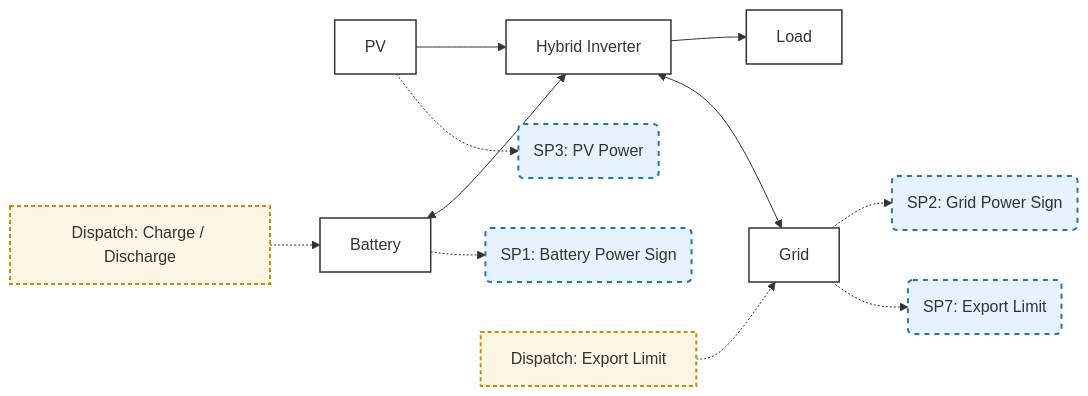
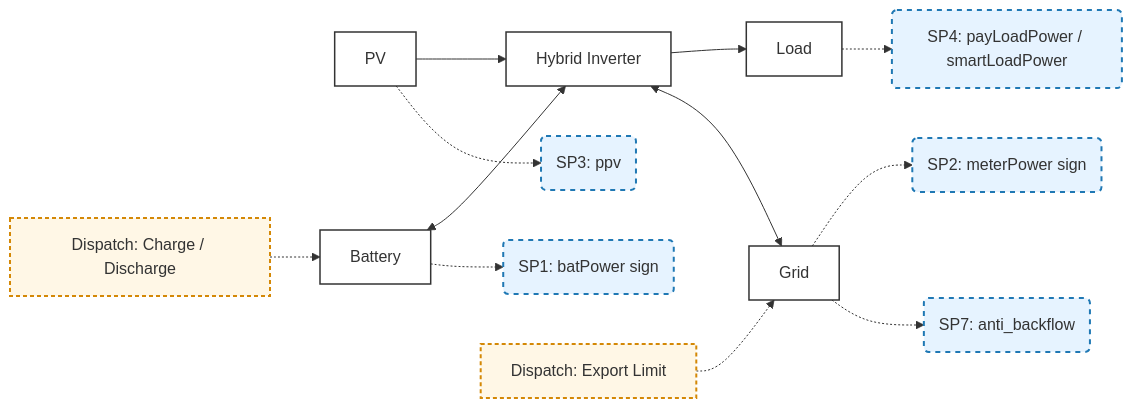
The second of 5 diagrams in docs/growatt-ess-semantic-model-preliminary-review.md (EugeneJian/growatt-unified-api), drawn with Mermaid before and after one commit. The commit also changed other lines of this file and 7 other files, not shown here.

````diff
--- a/docs/growatt-ess-semantic-model-preliminary-review.md
+++ b/docs/growatt-ess-semantic-model-preliminary-review.md
@@ -70,38 +77,40 @@
 ```mermaid
 flowchart LR
 
     classDef asset fill:#ffffff,stroke:#333,stroke-width:1.5px;
     classDef semantic fill:#e6f3ff,stroke:#1f78b4,stroke-width:2px,stroke-dasharray: 5 5;
     classDef dispatch fill:#fff7e6,stroke:#d48806,stroke-width:2px,stroke-dasharray: 4 3;
 
     PV[PV]
     Battery[Battery]
     Inverter[Hybrid Inverter]
     Load[Load]
     Grid[Grid]
 
     PV --> Inverter
     Battery <--> Inverter
     Inverter --> Load
     Inverter <--> Grid
 
-    SP1(SP1: Battery Power Sign)
-    SP2(SP2: Grid Power Sign)
-    SP3(SP3: PV Power)
-    SP7(SP7: Export Limit)
+    SP1(SP1: batPower sign)
+    SP2(SP2: meterPower sign)
+    SP3(SP3: ppv)
+    SP4(SP4: payLoadPower / smartLoadPower)
+    SP7(SP7: anti_backflow)
 
     Battery -.-> SP1
     Grid -.-> SP2
     PV -.-> SP3
+    Load -.-> SP4
     Grid -.-> SP7
 
     D1[Dispatch: Charge / Discharge]
     D2[Dispatch: Export Limit]
 
     D1 -.-> Battery
     D2 -.-> Grid
 
     class PV,Battery,Inverter,Load,Grid asset;
-    class SP1,SP2,SP3,SP7 semantic;
+    class SP1,SP2,SP3,SP4,SP7 semantic;
     class D1,D2 dispatch;
 ```
````
